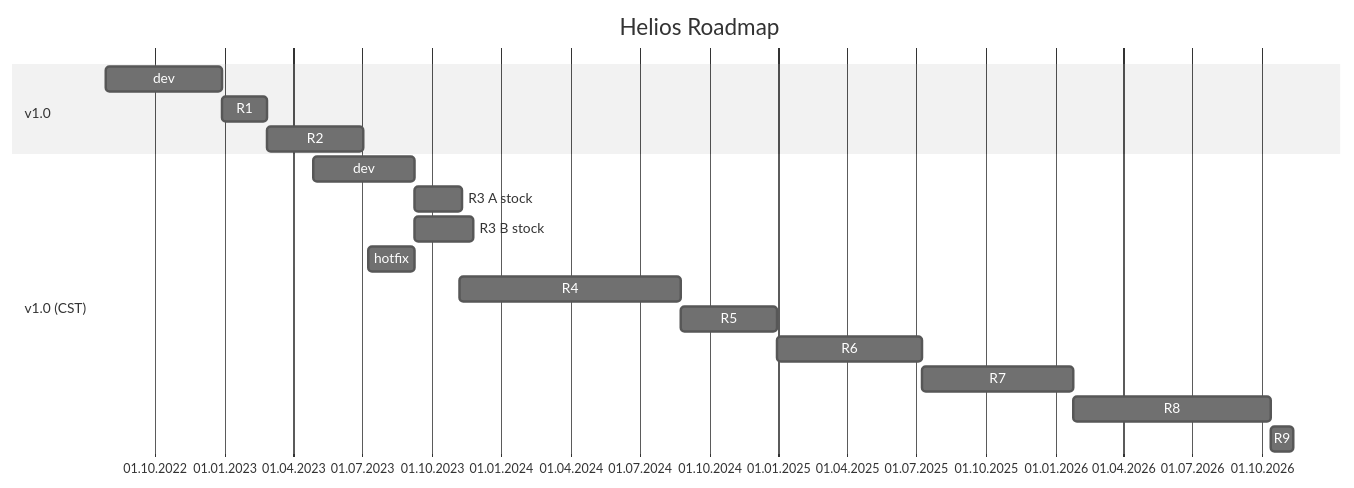
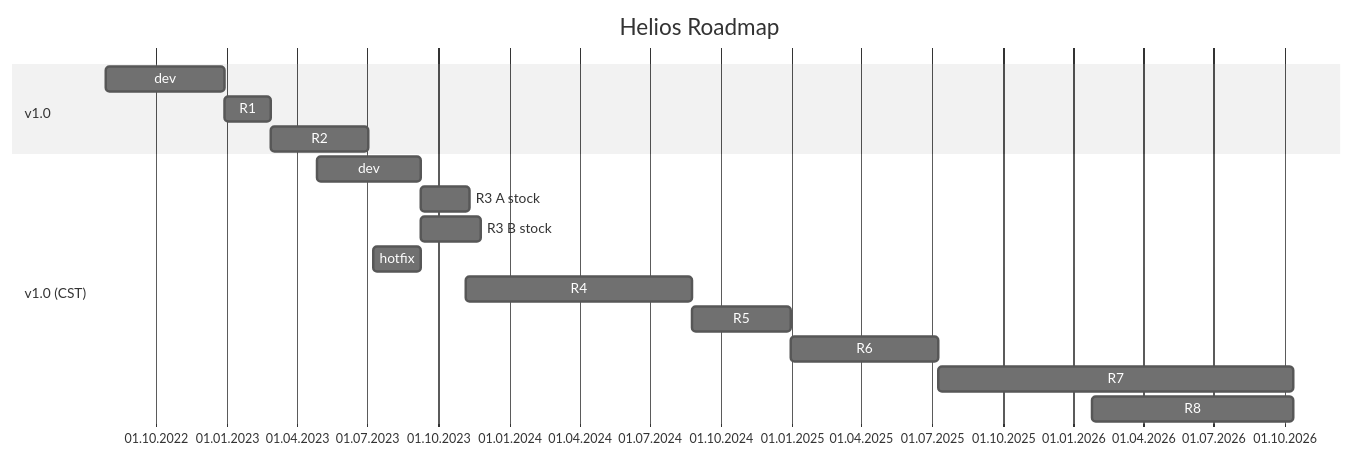
The diagram in content/instructions/0xcb-helios/infos/index.md (0xCB-dev/docs.keeb.supply), drawn with Mermaid (neutral theme) before and after one commit. The commit also changed other lines of this file, not shown here.

````diff
--- a/content/instructions/0xcb-helios/infos/index.md
+++ b/content/instructions/0xcb-helios/infos/index.md
@@ -37,25 +37,24 @@
 ```mermaid
 
 
 
 gantt
     title Helios Roadmap
     todayMarker off
     dateFormat  YYYY-MM-DD
     axisFormat %d.%m.%Y
     section v1.0
     dev                         :2022-07-28, 22w
     R1                          :2022-12-28, 2023-02-26
     R2                          :2023-02-26, 2023-07-02
     section v1.0 (CST)
     dev                         :2023-04-28, 2023-09-09
     R3 A stock                  :2023-09-09, 2023-11-10
     R3 B stock                  :2023-09-09, 2023-11-25
     hotfix                      :2023-07-10, 60d
     R4                          :2023-11-06, 2024-08-25
     R5                          :2024-08-25, 2024-12-30
     R6                          :2024-12-30, 2025-07-09
-    R7                          :2025-07-09, 2026-01-24
+    R7                          :2025-07-09, 2026-10-12
     R8                          :2026-01-24, 2026-10-12
-    R9                          :2026-10-12, 30d
 ```
````
